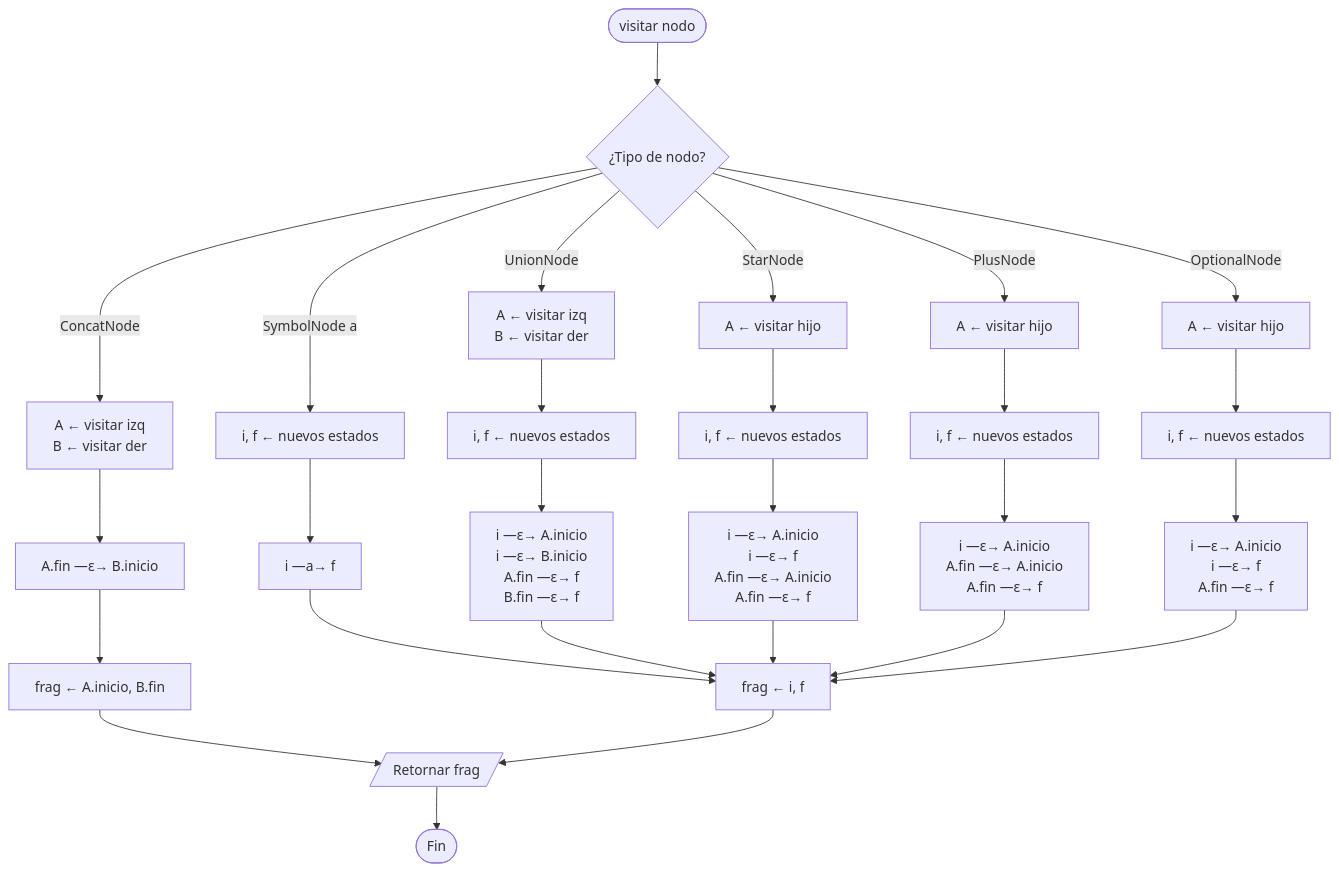
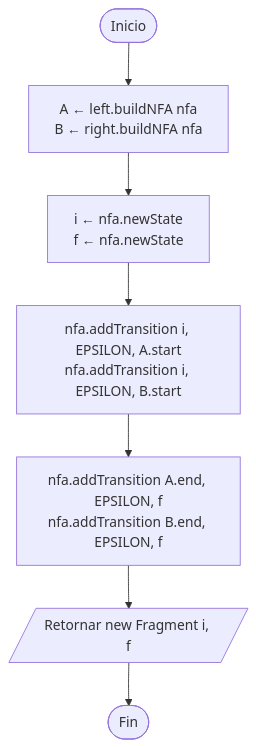
One commit to Leosanlo30/RegEx-to-DFA-Visualizer changed the fifth of 6 diagrams in docs/diagramas/03-thompson.md. Above: the diagram before and after it, drawn with Mermaid. The commit also changed other lines of this file and 10 other files, not shown here.

Commit message:
docs: alinear diagramas de flujo con UML.md y REQUIREMENTS.md

````diff
--- a/docs/diagramas/03-thompson.md
+++ b/docs/diagramas/03-thompson.md
@@ -19,36 +50,9 @@
 ```mermaid
 flowchart TD
-    A([visitar nodo]) --> B{¿Tipo de nodo?}
-
-    B -- SymbolNode a --> S1[i, f ← nuevos estados]
-    S1 --> S2[i —a→ f]
-    S2 --> RET
-
-    B -- ConcatNode --> C1[A ← visitar izq<br/>B ← visitar der]
-    C1 --> C2[A.fin —ε→ B.inicio]
-    C2 --> C3[frag ← A.inicio, B.fin]
-    C3 --> RET2
-
-    B -- UnionNode --> U1[A ← visitar izq<br/>B ← visitar der]
-    U1 --> U2[i, f ← nuevos estados]
-    U2 --> U3[i —ε→ A.inicio<br/>i —ε→ B.inicio<br/>A.fin —ε→ f<br/>B.fin —ε→ f]
-    U3 --> RET
-
-    B -- StarNode --> K1[A ← visitar hijo]
-    K1 --> K2[i, f ← nuevos estados]
-    K2 --> K3[i —ε→ A.inicio<br/>i —ε→ f<br/>A.fin —ε→ A.inicio<br/>A.fin —ε→ f]
-    K3 --> RET
-
-    B -- PlusNode --> P1[A ← visitar hijo]
-    P1 --> P2[i, f ← nuevos estados]
-    P2 --> P3[i —ε→ A.inicio<br/>A.fin —ε→ A.inicio<br/>A.fin —ε→ f]
-    P3 --> RET
-
-    B -- OptionalNode --> O1[A ← visitar hijo]
-    O1 --> O2[i, f ← nuevos estados]
-    O2 --> O3[i —ε→ A.inicio<br/>i —ε→ f<br/>A.fin —ε→ f]
-    O3 --> RET
-
-    RET[frag ← i, f] --> RET2[/Retornar frag/]
-    RET2 --> Z([Fin])
+    A([Inicio]) --> B[A ← left.buildNFA nfa<br/>B ← right.buildNFA nfa]
+    B --> C[i ← nfa.newState<br/>f ← nfa.newState]
+    C --> D[nfa.addTransition i, EPSILON, A.start<br/>nfa.addTransition i, EPSILON, B.start]
+    D --> E[nfa.addTransition A.end, EPSILON, f<br/>nfa.addTransition B.end, EPSILON, f]
+    E --> F[/Retornar new Fragment i, f/]
+    F --> Z([Fin])
 ```
````
